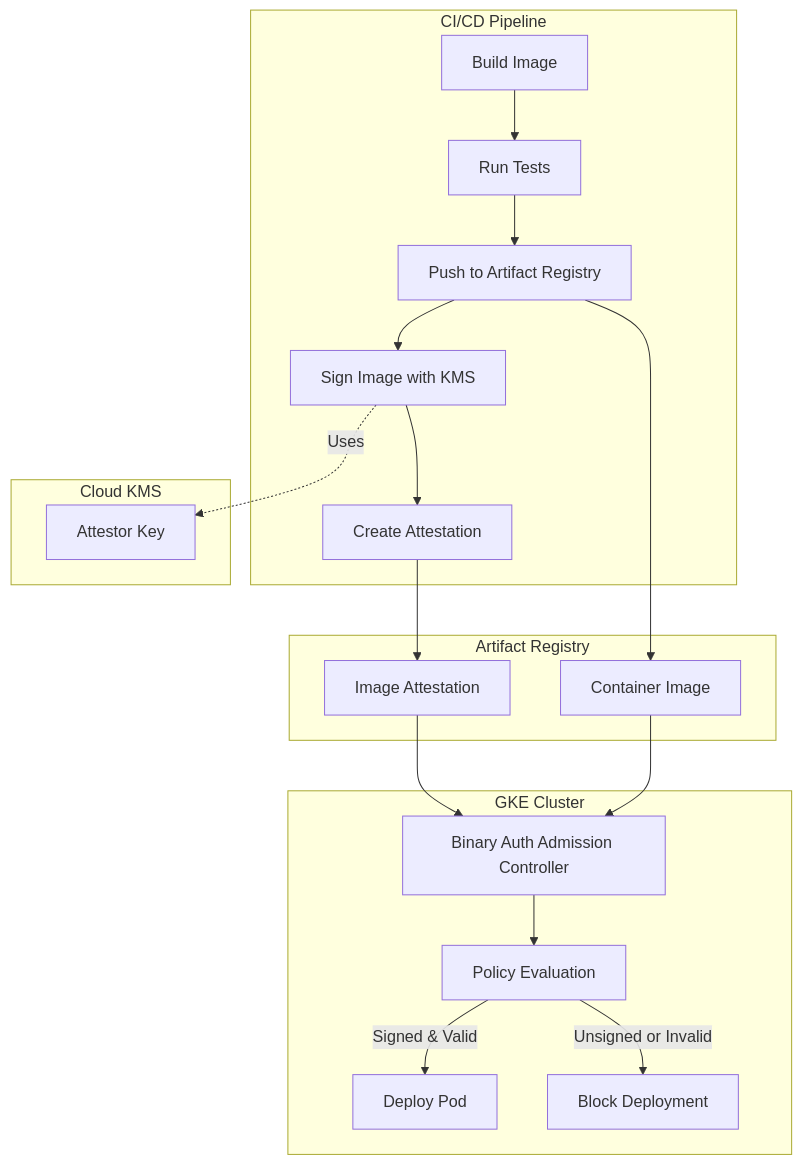
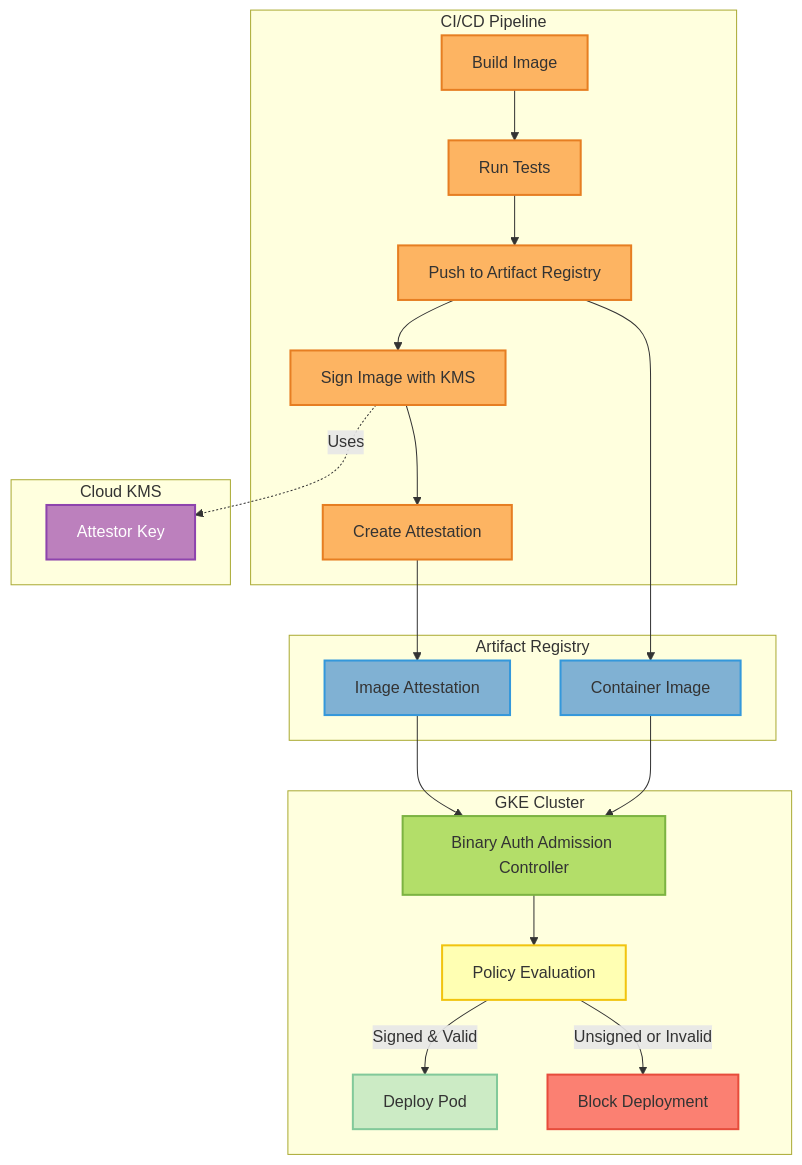
One commit to vishnu2kmohan/mcp-server-langgraph changed the diagram in docs/deployment/binary-authorization.mdx. Above: the diagram before and after it, drawn with Mermaid. The commit also changed 13 other files, not shown here.

First line of the commit message:
docs: apply ColorBrewer2 Set3 styling to all remaining diagrams and enforce standards

````diff
--- a/docs/deployment/binary-authorization.mdx
+++ b/docs/deployment/binary-authorization.mdx
@@ -77,40 +77,57 @@
 ```mermaid
 flowchart TB
     subgraph "CI/CD Pipeline"
         A[Build Image]
         B[Run Tests]
         C[Push to Artifact Registry]
         D[Sign Image with KMS]
         E[Create Attestation]
     end
 
     subgraph "Artifact Registry"
         F[Container Image]
         G[Image Attestation]
     end
 
     subgraph "GKE Cluster"
         H[Binary Auth Admission Controller]
         I[Policy Evaluation]
         J[Deploy Pod]
         K[Block Deployment]
     end
 
     subgraph "Cloud KMS"
         L[Attestor Key]
     end
 
     A --> B
     B --> C
     C --> F
     C --> D
     D --> E
     E --> G
     D -.Uses.-> L
 
     F --> H
     G --> H
     H --> I
     I -->|Signed & Valid| J
     I -->|Unsigned or Invalid| K
+
+    %% ColorBrewer2 Set3 palette - each component type uniquely colored
+    classDef cicdStyle fill:#fdb462,stroke:#e67e22,stroke-width:2px,color:#333
+    classDef registryStyle fill:#80b1d3,stroke:#3498db,stroke-width:2px,color:#333
+    classDef clusterStyle fill:#b3de69,stroke:#7cb342,stroke-width:2px,color:#333
+    classDef decisionStyle fill:#ffffb3,stroke:#f1c40f,stroke-width:2px,color:#333
+    classDef successStyle fill:#ccebc5,stroke:#82c99a,stroke-width:2px,color:#333
+    classDef errorStyle fill:#fb8072,stroke:#e74c3c,stroke-width:2px,color:#333
+    classDef secretStyle fill:#bc80bd,stroke:#8e44ad,stroke-width:2px,color:#fff
+
+    class A,B,C,D,E cicdStyle
+    class F,G registryStyle
+    class H clusterStyle
+    class I decisionStyle
+    class J successStyle
+    class K errorStyle
+    class L secretStyle
 ```
````
